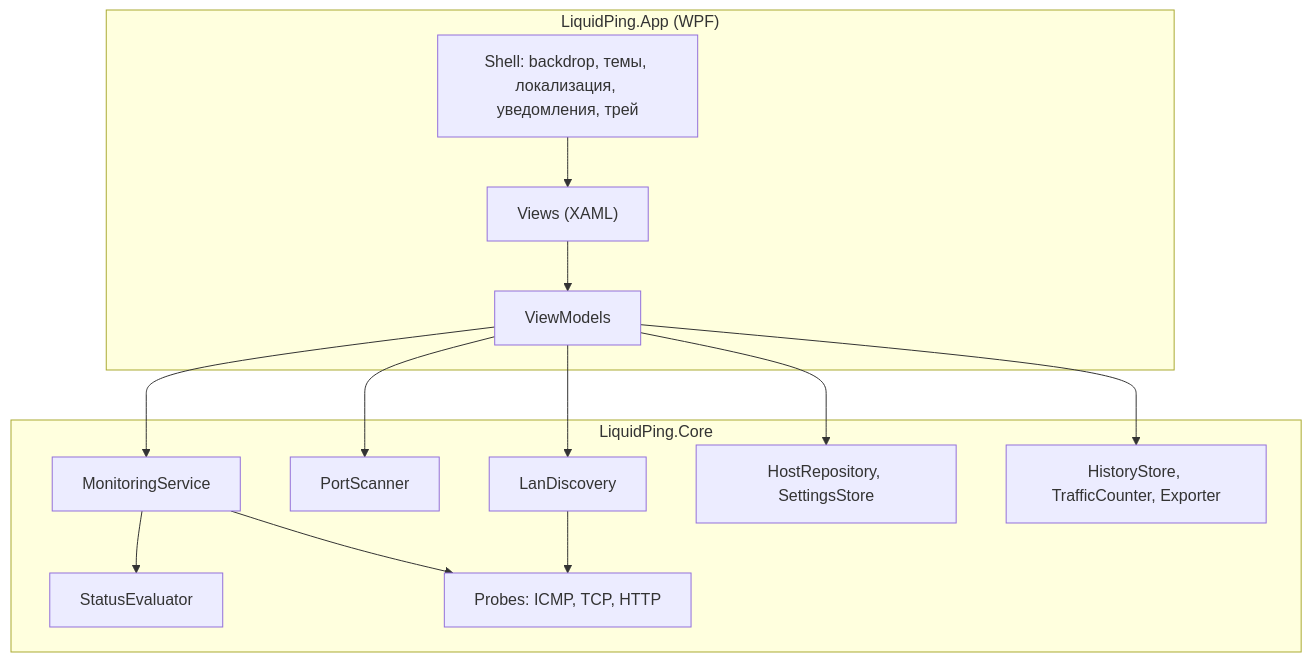
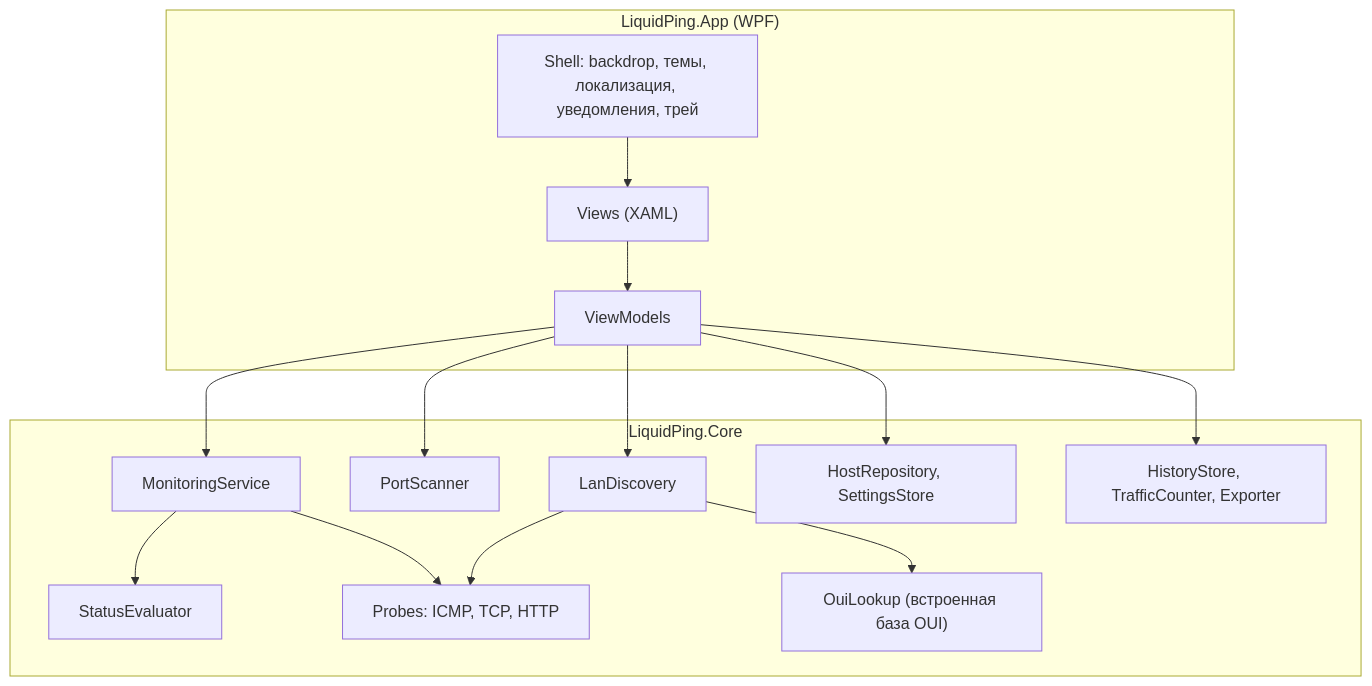
The first of 3 diagrams in docs/sdd/sdd.md (Levandovskii/liquid-ping), drawn with Mermaid before and after one commit. The commit also changed other lines of this file and 2 other files, not shown here.

````diff
--- a/docs/sdd/sdd.md
+++ b/docs/sdd/sdd.md
@@ -198,27 +194,29 @@
 ```mermaid
 flowchart TB
     subgraph App["LiquidPing.App (WPF)"]
         Views["Views (XAML)"]
         ViewModels["ViewModels"]
         Shell["Shell: backdrop, темы, локализация, уведомления, трей"]
     end
     subgraph Core["LiquidPing.Core"]
         Monitoring["MonitoringService"]
         Evaluator["StatusEvaluator"]
         Probes["Probes: ICMP, TCP, HTTP"]
         PortScan["PortScanner"]
         LanDisc["LanDiscovery"]
+        Oui["OuiLookup (встроенная база OUI)"]
         Storage["HostRepository, SettingsStore"]
         Support["HistoryStore, TrafficCounter, Exporter"]
     end
     Views --> ViewModels
     Shell --> Views
     ViewModels --> Monitoring
     ViewModels --> PortScan
     ViewModels --> LanDisc
     ViewModels --> Storage
     ViewModels --> Support
     Monitoring --> Probes
     Monitoring --> Evaluator
     LanDisc --> Probes
+    LanDisc --> Oui
 ```
````
